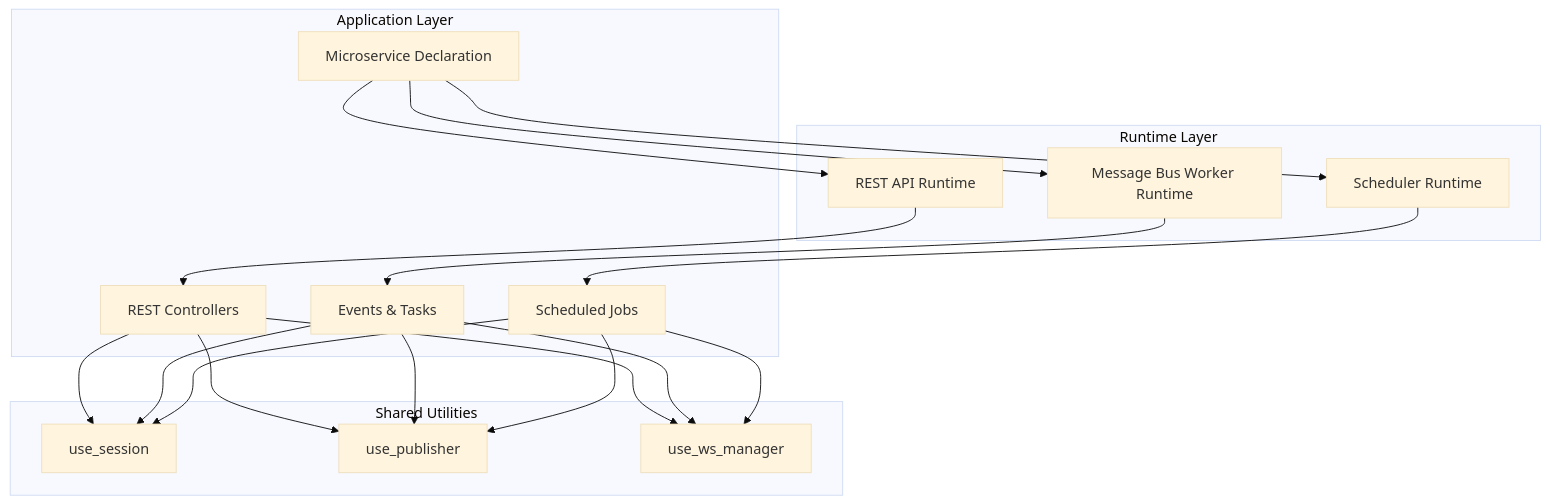
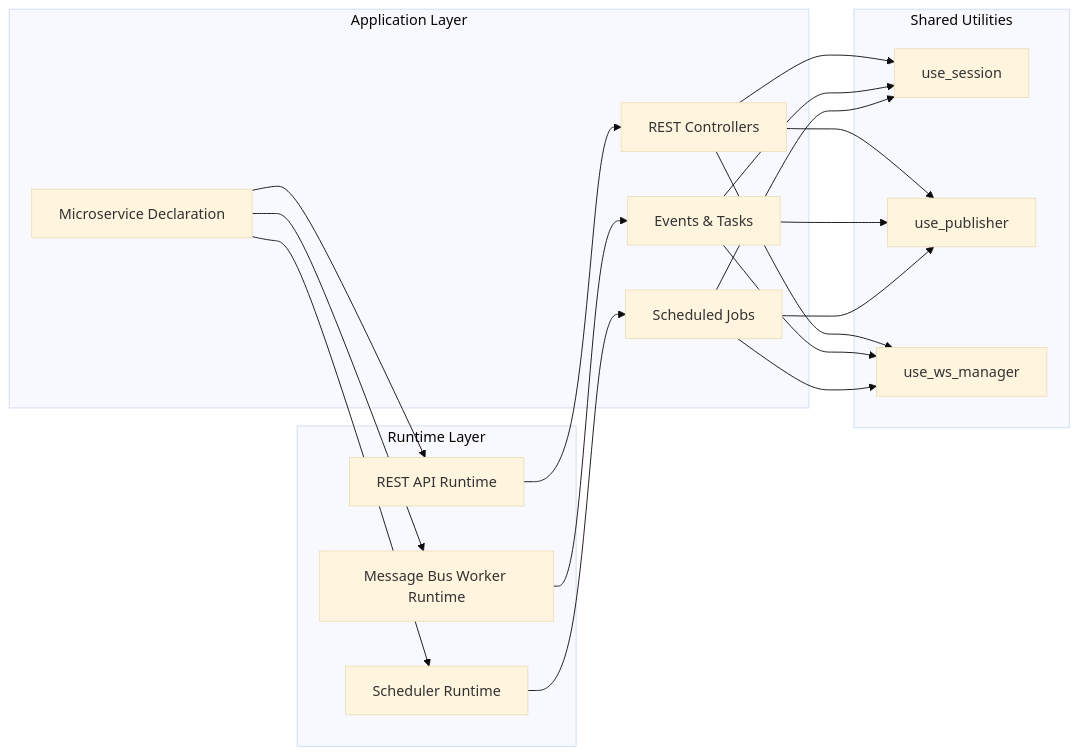
Before and after one commit to LuscasLeo/jararaca: the diagram in docs/architecture.md, drawn with Mermaid (base theme).

Commit message:
Fix architecture diagram orientation from TD to LR for better clarity

````diff
--- a/docs/architecture.md
+++ b/docs/architecture.md
@@ -58,41 +58,41 @@
 ```mermaid
-graph TD
+graph LR
     subgraph "Runtime Layer"
         REST[REST API Runtime]
         Worker[Message Bus Worker Runtime]
         Scheduler[Scheduler Runtime]
     end
 
     subgraph "Application Layer"
         Microservice[Microservice Declaration]
         RESTController[REST Controllers]
         MessageBus[Events & Tasks]
         ScheduledJobs[Scheduled Jobs]
     end
 
     subgraph "Shared Utilities"
         Session[use_session]
         Publisher[use_publisher]
         WS[use_ws_manager]
     end
 
     Microservice --> REST
     Microservice --> Worker
     Microservice --> Scheduler
 
     REST --> RESTController
     Worker --> MessageBus
     Scheduler --> ScheduledJobs
 
     RESTController --> Session
     MessageBus --> Session
     ScheduledJobs --> Session
 
     RESTController --> Publisher
     MessageBus --> Publisher
     ScheduledJobs --> Publisher
 
     RESTController --> WS
     MessageBus --> WS
     ScheduledJobs --> WS
 ```
````
